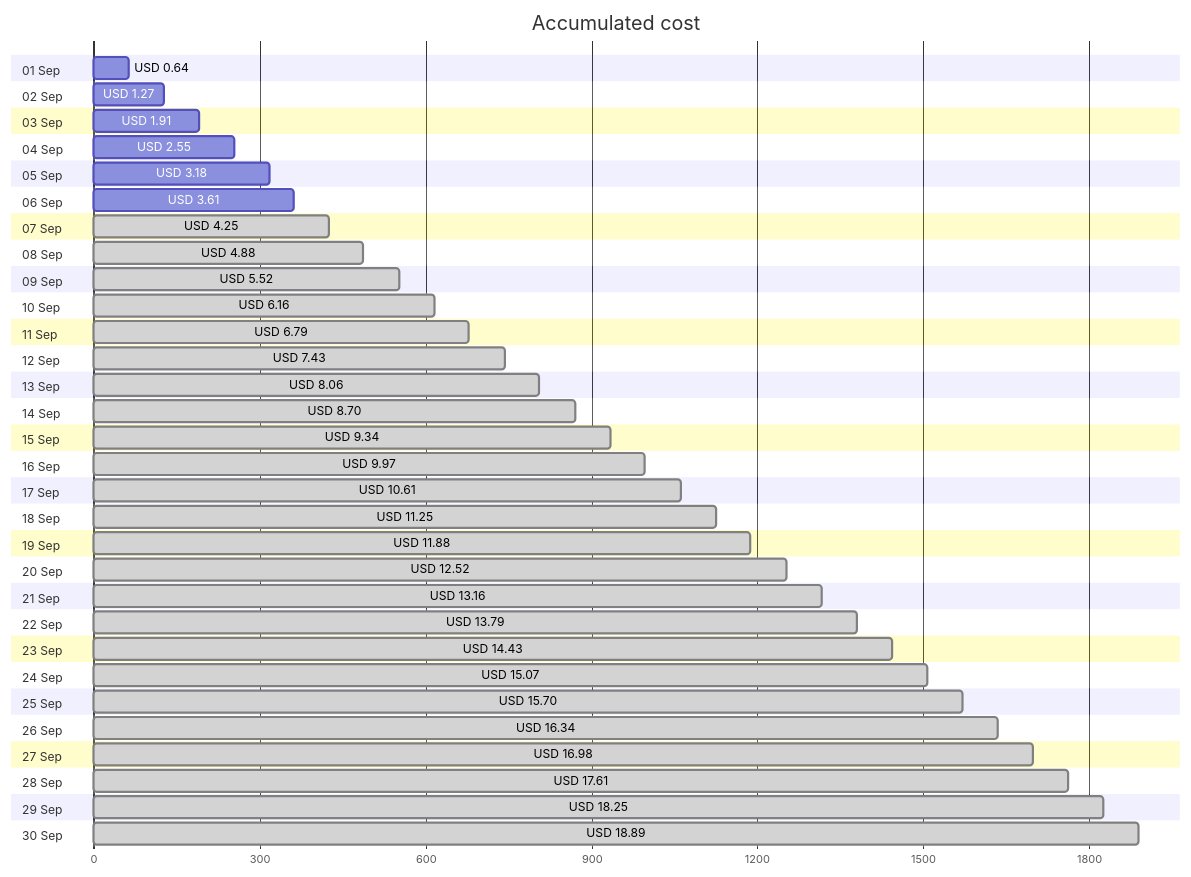
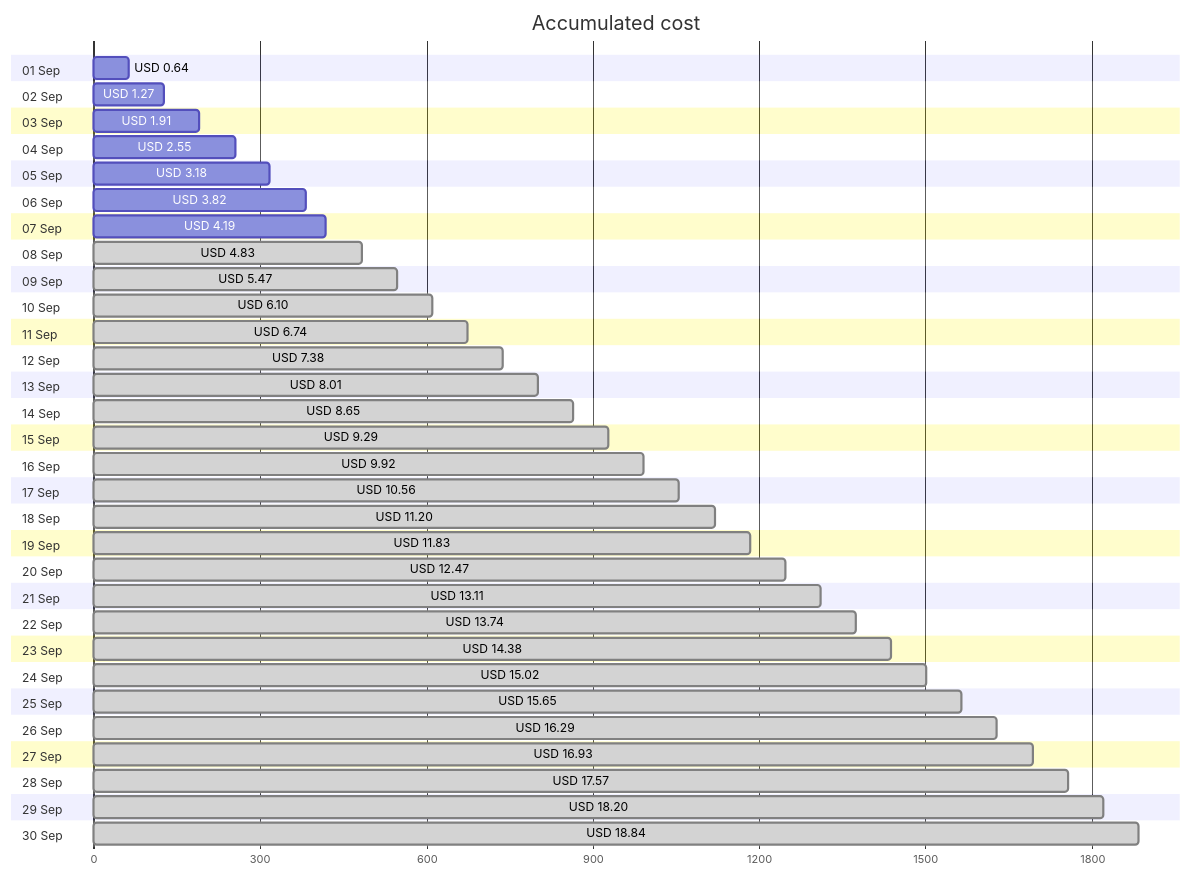
The first of 4 diagrams in cost-reports/accumulated-cost.md (jpfulton/azure-personal-reports), drawn with Mermaid before and after one commit. The commit also changed other lines of this file and 4 other files, not shown here.

````diff
--- a/cost-reports/accumulated-cost.md
+++ b/cost-reports/accumulated-cost.md
@@ -20,66 +20,66 @@
 ```mermaid
 gantt
    title Accumulated cost
    dateFormat  X
    axisFormat %s
    section 01 Sep
    USD 0.64 :0, 64
    section 02 Sep
    USD 1.27 :0, 127
    section 03 Sep
    USD 1.91 :0, 191
    section 04 Sep
    USD 2.55 :0, 255
    section 05 Sep
    USD 3.18 :0, 318
    section 06 Sep
-   USD 3.61 :0, 361
+   USD 3.82 :0, 382
    section 07 Sep
-   USD 4.25 : done, 0, 425
+   USD 4.19 :0, 419
    section 08 Sep
-   USD 4.88 : done, 0, 488
+   USD 4.83 : done, 0, 483
    section 09 Sep
-   USD 5.52 : done, 0, 552
+   USD 5.47 : done, 0, 547
    section 10 Sep
-   USD 6.16 : done, 0, 616
+   USD 6.10 : done, 0, 610
    section 11 Sep
-   USD 6.79 : done, 0, 679
+   USD 6.74 : done, 0, 674
    section 12 Sep
-   USD 7.43 : done, 0, 743
+   USD 7.38 : done, 0, 738
    section 13 Sep
-   USD 8.06 : done, 0, 806
+   USD 8.01 : done, 0, 801
    section 14 Sep
-   USD 8.70 : done, 0, 870
+   USD 8.65 : done, 0, 865
    section 15 Sep
-   USD 9.34 : done, 0, 934
+   USD 9.29 : done, 0, 929
    section 16 Sep
-   USD 9.97 : done, 0, 997
+   USD 9.92 : done, 0, 992
    section 17 Sep
-   USD 10.61 : done, 0, 1061
+   USD 10.56 : done, 0, 1056
    section 18 Sep
-   USD 11.25 : done, 0, 1125
+   USD 11.20 : done, 0, 1120
    section 19 Sep
-   USD 11.88 : done, 0, 1188
+   USD 11.83 : done, 0, 1183
    section 20 Sep
-   USD 12.52 : done, 0, 1252
+   USD 12.47 : done, 0, 1247
    section 21 Sep
-   USD 13.16 : done, 0, 1316
+   USD 13.11 : done, 0, 1311
    section 22 Sep
-   USD 13.79 : done, 0, 1379
+   USD 13.74 : done, 0, 1374
    section 23 Sep
-   USD 14.43 : done, 0, 1443
+   USD 14.38 : done, 0, 1438
    section 24 Sep
-   USD 15.07 : done, 0, 1507
+   USD 15.02 : done, 0, 1502
    section 25 Sep
-   USD 15.70 : done, 0, 1570
+   USD 15.65 : done, 0, 1565
    section 26 Sep
-   USD 16.34 : done, 0, 1634
+   USD 16.29 : done, 0, 1629
    section 27 Sep
-   USD 16.98 : done, 0, 1698
+   USD 16.93 : done, 0, 1693
    section 28 Sep
-   USD 17.61 : done, 0, 1761
+   USD 17.57 : done, 0, 1757
    section 29 Sep
-   USD 18.25 : done, 0, 1825
+   USD 18.20 : done, 0, 1820
    section 30 Sep
-   USD 18.89 : done, 0, 1889
+   USD 18.84 : done, 0, 1884
 ```
````
